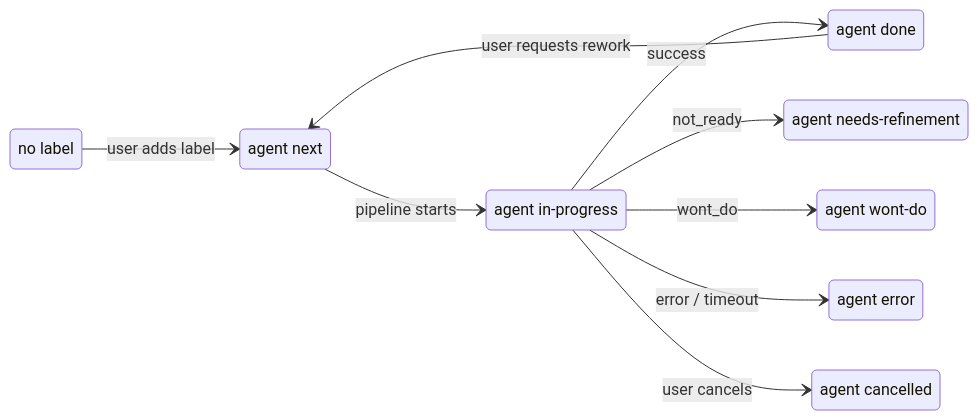
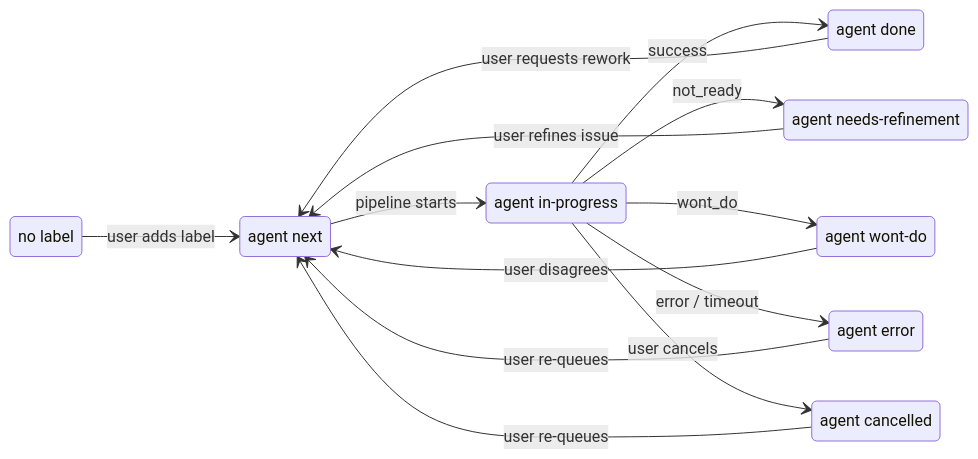
Before and after one commit to Chemsorly/coding-agent-automation: the fourth of 4 diagrams in README.md, drawn with Mermaid. The commit also changed other lines of this file, not shown here.

````diff
--- a/README.md
+++ b/README.md
@@ -338,21 +341,25 @@
 ```mermaid
 stateDiagram-v2
     direction LR
     state "no label" as none
     state "agent next" as next
     state "agent in-progress" as ip
     state "agent done" as done
     state "agent needs-refinement" as nr
     state "agent wont-do" as wd
     state "agent error" as err
     state "agent cancelled" as cancel
 
     none --> next : user adds label
     next --> ip : pipeline starts
     ip --> done : success
     ip --> nr : not_ready
     ip --> wd : wont_do
     ip --> err : error / timeout
     ip --> cancel : user cancels
     done --> next : user requests rework
+    err --> next : user re-queues
+    nr --> next : user refines issue
+    wd --> next : user disagrees
+    cancel --> next : user re-queues
 ```
````
